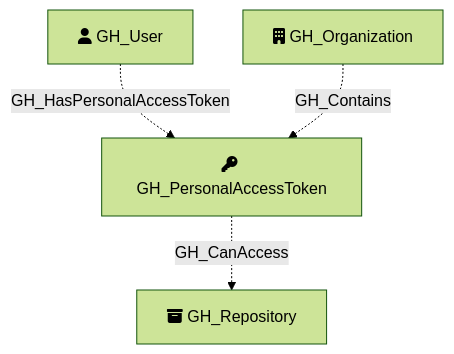
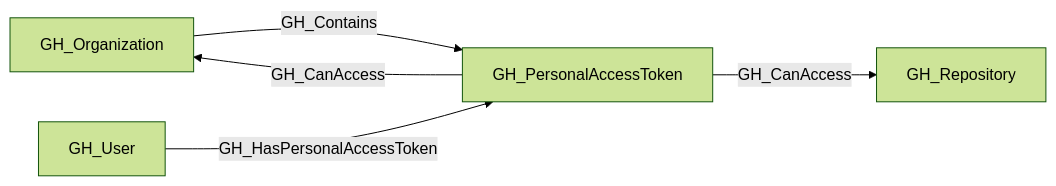
One commit to SpecterOps/bloodhound-docs changed the second of 2 diagrams in docs/opengraph/extensions/github/nodes/gh_personalaccesstoken.mdx. Above: the diagram before and after it, drawn with Mermaid (forest theme). The commit also changed other lines of this file and 292 other files, not shown here.

````diff
--- a/docs/opengraph/extensions/github/nodes/gh_personalaccesstoken.mdx
+++ b/docs/opengraph/extensions/github/nodes/gh_personalaccesstoken.mdx
@@ -53,12 +58,12 @@
 ```mermaid
-flowchart TD
-    GH_PersonalAccessToken[fa:fa-key GH_PersonalAccessToken]
-    GH_User[fa:fa-user GH_User]
-    GH_Organization[fa:fa-building GH_Organization]
-    GH_Repository[fa:fa-box-archive GH_Repository]
+flowchart LR
 
-
-    GH_User -.->|GH_HasPersonalAccessToken| GH_PersonalAccessToken
-    GH_Organization -.->|GH_Contains| GH_PersonalAccessToken
-    GH_PersonalAccessToken -.->|GH_CanAccess| GH_Repository
+    GH_Organization["GH_Organization"]
+    GH_PersonalAccessToken["GH_PersonalAccessToken"]
+    GH_Repository["GH_Repository"]
+    GH_User["GH_User"]
+    GH_Organization -- GH_Contains --> GH_PersonalAccessToken
+    GH_PersonalAccessToken -- GH_CanAccess --> GH_Organization
+    GH_PersonalAccessToken -- GH_CanAccess --> GH_Repository
+    GH_User -- GH_HasPersonalAccessToken --> GH_PersonalAccessToken
 ```
````
